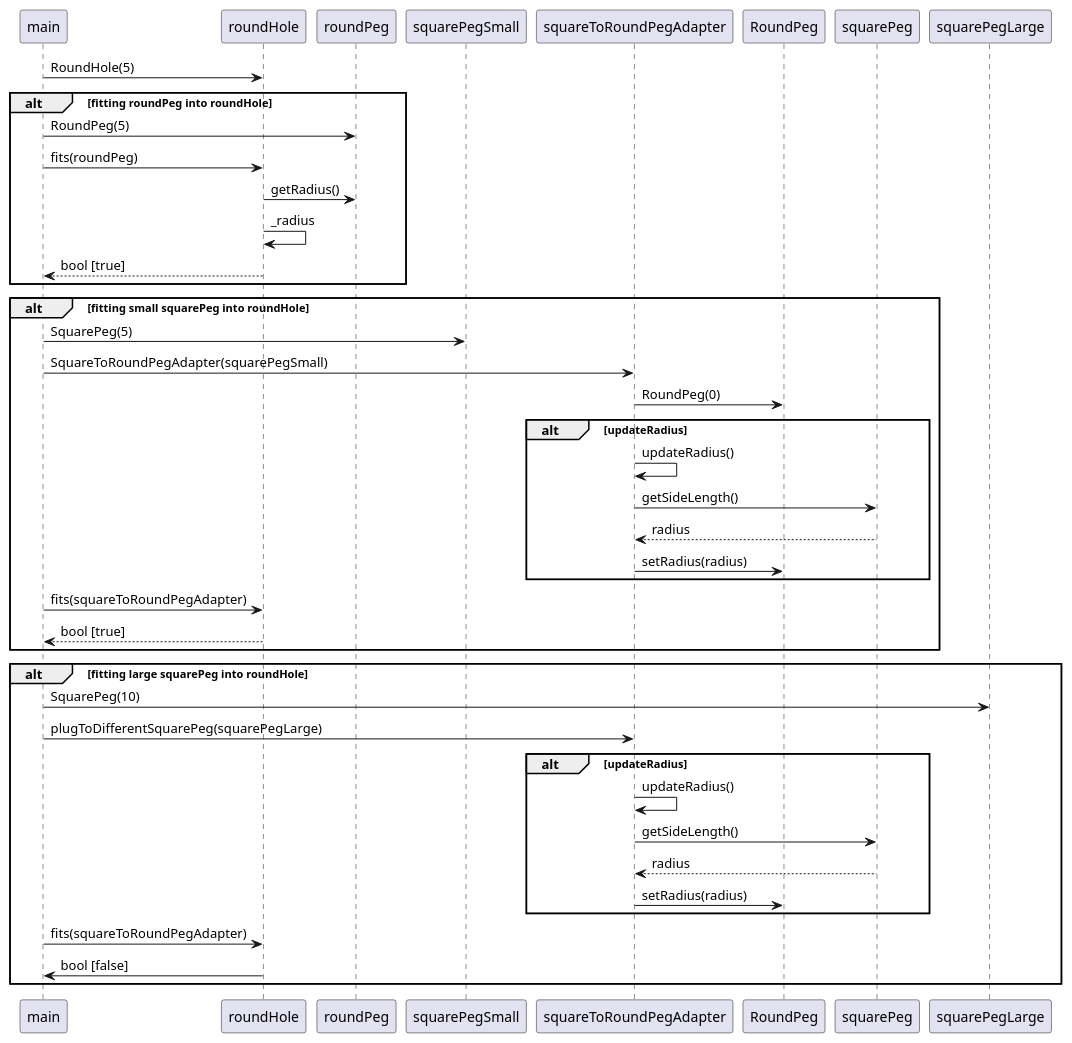
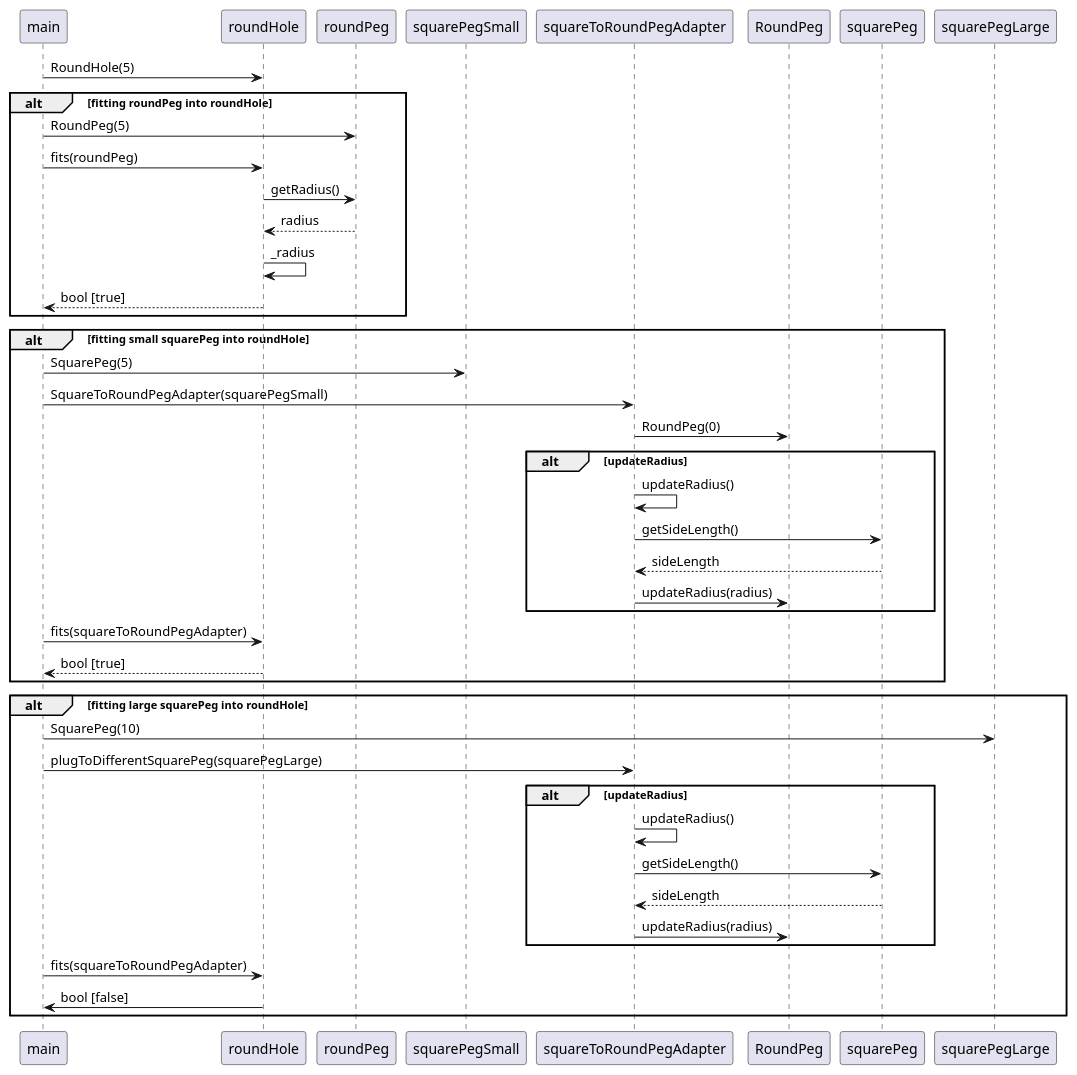
One commit to kyberdrb/CLionProjects changed the diagram in Design_Patterns_CPP/Structural/Adapter/Object_adapter_with_reference_wrapper_without_polymorphism_CPP_14/object_adapter-sequence_diagram.puml. Above: the diagram before and after it, drawn with PlantUML. The commit also changed 52 other files, not shown here.

```diff
--- a/Design_Patterns_CPP/Structural/Adapter/Object_adapter_with_reference_wrapper_without_polymorphism_CPP_14/object_adapter-sequence_diagram.puml
+++ b/Design_Patterns_CPP/Structural/Adapter/Object_adapter_with_reference_wrapper_without_polymorphism_CPP_14/object_adapter-sequence_diagram.puml
@@ -1,48 +1,47 @@
 @startuml
 'https://plantuml.com/sequence-diagram
-
-'autonumber
 
 main -> roundHole : RoundHole(5)
 
 alt fitting roundPeg into roundHole
     main -> roundPeg : RoundPeg(5)
     main -> roundHole : fits(roundPeg)
     roundHole -> roundPeg : getRadius()
+    roundPeg --> roundHole : radius
     roundHole -> roundHole : _radius
     roundHole --> main : bool [true]
 end
 
 alt fitting small squarePeg into roundHole
     main -> squarePegSmall : SquarePeg(5)
     main -> squareToRoundPegAdapter : SquareToRoundPegAdapter(squarePegSmall)
     squareToRoundPegAdapter -> RoundPeg : RoundPeg(0)
 
     alt updateRadius
         squareToRoundPegAdapter -> squareToRoundPegAdapter : updateRadius()
         squareToRoundPegAdapter -> squarePeg : getSideLength()
-        squarePeg --> squareToRoundPegAdapter : radius
-        squareToRoundPegAdapter -> RoundPeg : setRadius(radius)
+        squarePeg --> squareToRoundPegAdapter : sideLength
+        squareToRoundPegAdapter -> RoundPeg : updateRadius(radius)
     end
 
     main -> roundHole : fits(squareToRoundPegAdapter)
     roundHole --> main : bool [true]
 
 end
 
 alt fitting large squarePeg into roundHole
     main -> squarePegLarge : SquarePeg(10)
     main -> squareToRoundPegAdapter : plugToDifferentSquarePeg(squarePegLarge)
 
     alt updateRadius
         squareToRoundPegAdapter -> squareToRoundPegAdapter : updateRadius()
         squareToRoundPegAdapter -> squarePeg : getSideLength()
-        squarePeg --> squareToRoundPegAdapter : radius
-        squareToRoundPegAdapter -> RoundPeg : setRadius(radius)
+        squarePeg --> squareToRoundPegAdapter : sideLength
+        squareToRoundPegAdapter -> RoundPeg : updateRadius(radius)
     end
 
     main -> roundHole : fits(squareToRoundPegAdapter)
     roundHole -> main : bool [false]
 end
 
 @enduml
```
